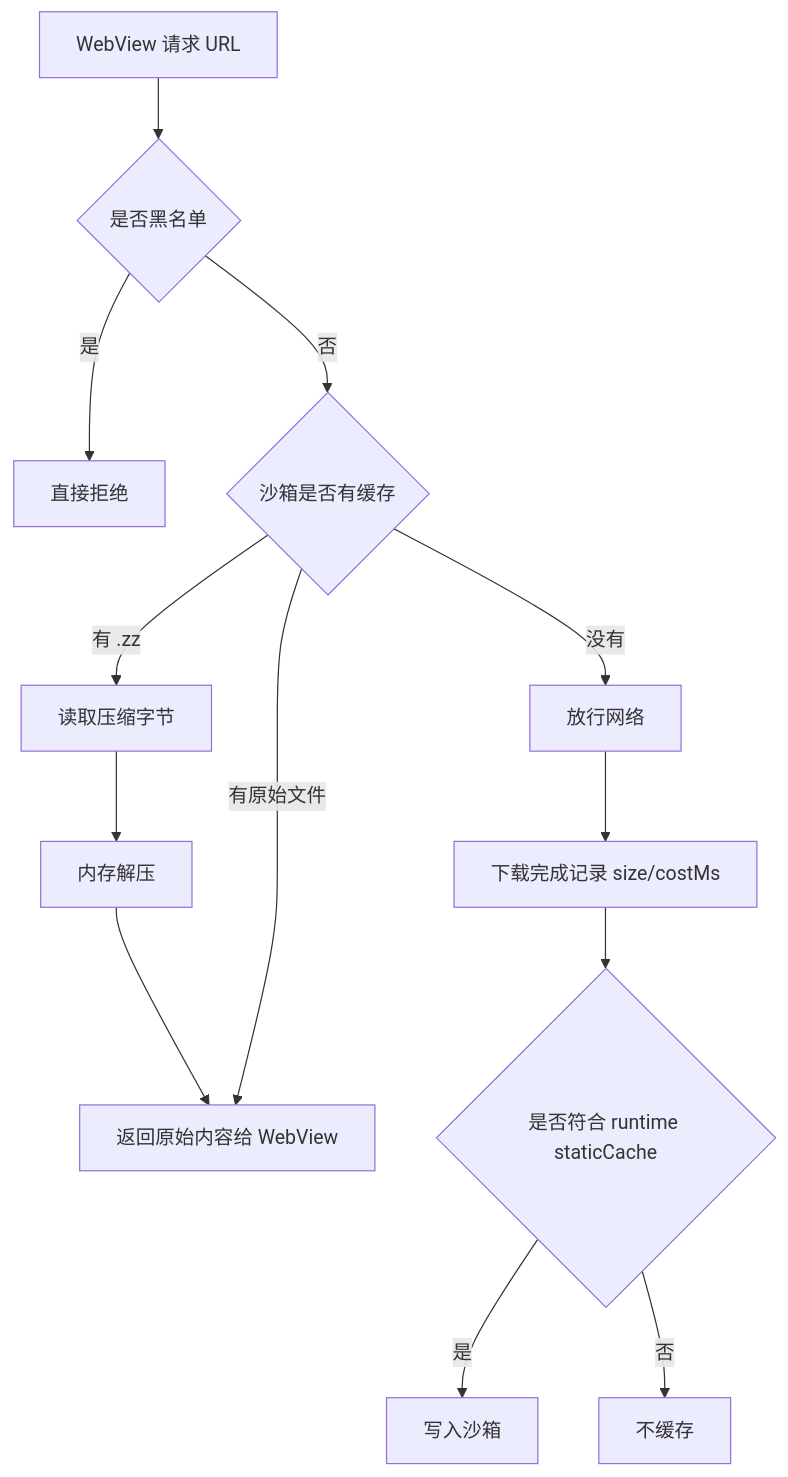
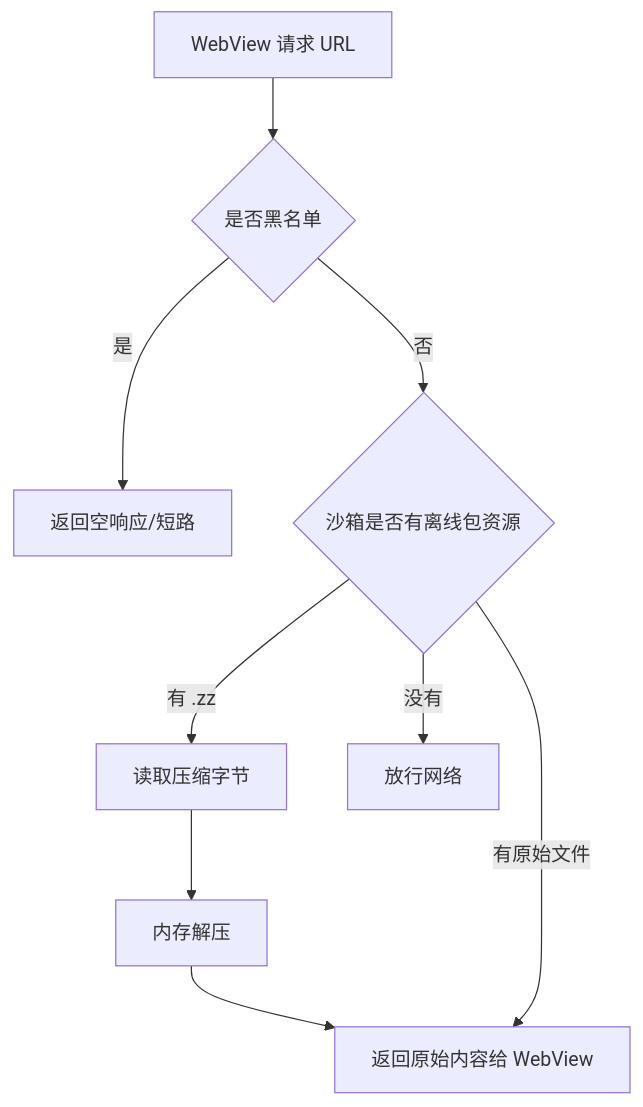
The fourth of 5 diagrams in OFFLINE_BUNDLE_ARCHITECTURE.md (XiGuaShuai/harm-youhua), drawn with Mermaid before and after one commit. The commit also changed other lines of this file and 15 other files, not shown here.

````diff
--- a/OFFLINE_BUNDLE_ARCHITECTURE.md
+++ b/OFFLINE_BUNDLE_ARCHITECTURE.md
@@ -135,15 +92,11 @@
 ```mermaid
 flowchart TD
   R[WebView 请求 URL] --> B{是否黑名单}
-  B -->|是| X[直接拒绝]
-  B -->|否| C{沙箱是否有缓存}
+  B -->|是| X[返回空响应/短路]
+  B -->|否| C{沙箱是否有离线包资源}
   C -->|有 .zz| D[读取压缩字节]
   D --> E[内存解压]
   E --> F[返回原始内容给 WebView]
   C -->|有原始文件| F
   C -->|没有| G[放行网络]
-  G --> H[下载完成记录 size/costMs]
-  H --> I{是否符合 runtime staticCache}
-  I -->|是| J[写入沙箱]
-  I -->|否| K[不缓存]
 ```
````
